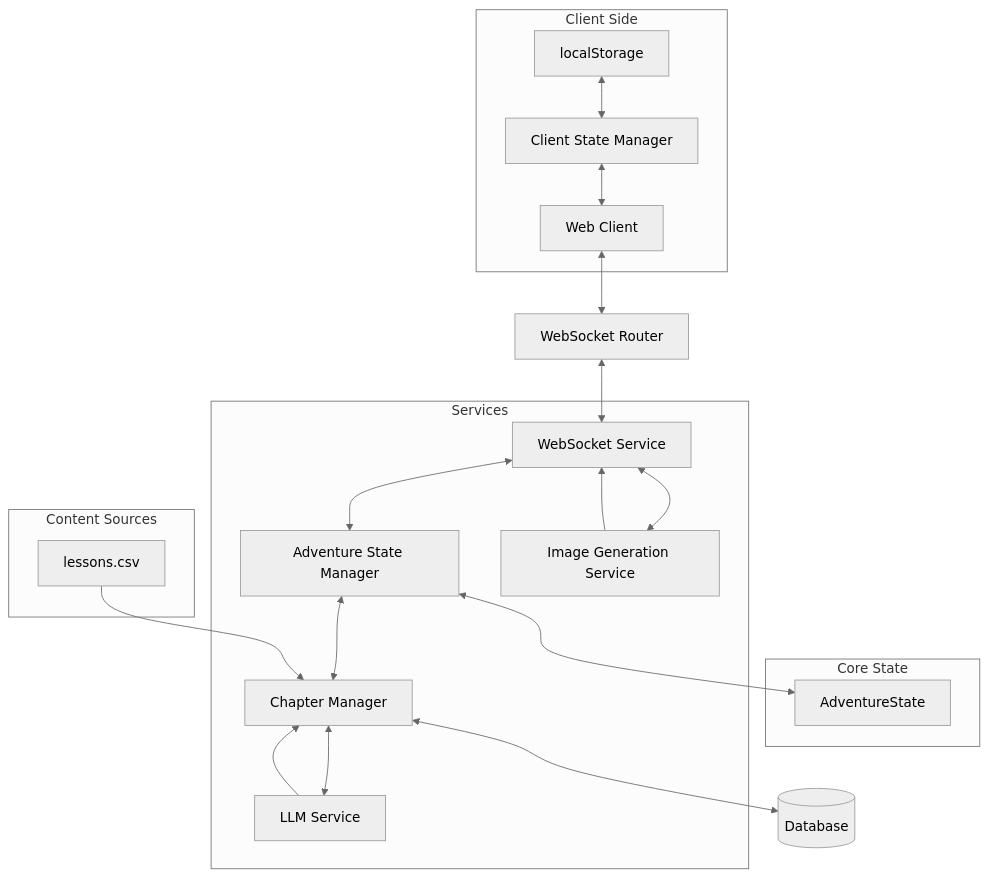
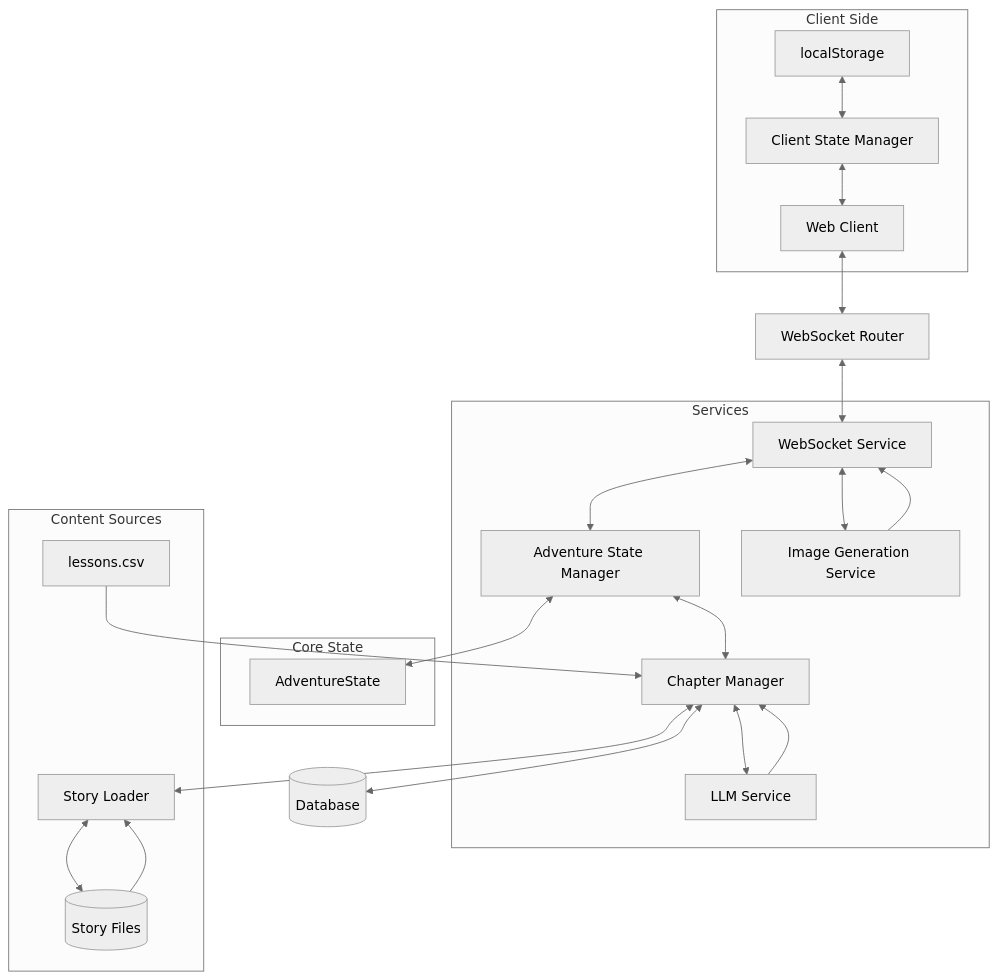
Before and after one commit to DesmondChoy/adventures: the first of 5 diagrams in memory-bank/systemPatterns.md, drawn with Mermaid (neutral theme). The commit also changed other lines of this file and 14 other files, not shown here.

First line of the commit message:
feat: Implement Story Data Loader with Individual Story Files

````diff
--- a/memory-bank/systemPatterns.md
+++ b/memory-bank/systemPatterns.md
@@ -4,34 +4,37 @@
 ```mermaid
 graph TD
     Client[Web Client] <--> WSR[WebSocket Router]
     WSR <--> WSS[WebSocket Service]
     WSS <--> ASM[Adventure State Manager]
     ASM <--> AS[AdventureState]
     ASM <--> CM[Chapter Manager]
     CM <--> LLM[LLM Service]
     CM <--> DB[(Database)]
     WSS <--> IMG[Image Generation Service]
+    CM <--> SL[Story Loader]
+    SL <--> SF[(Story Files)]
 
     subgraph Client Side
         LP[localStorage] <--> CSM[Client State Manager]
         CSM <--> Client
     end
 
     subgraph Core State
         AS
     end
 
     subgraph Services
         WSS
         ASM
         CM
         LLM
         IMG
     end
 
     subgraph Content Sources
         CSV[lessons.csv] --> CM
         LLM --> CM
         IMG --> WSS
+        SF --> SL
     end
 ```
````
